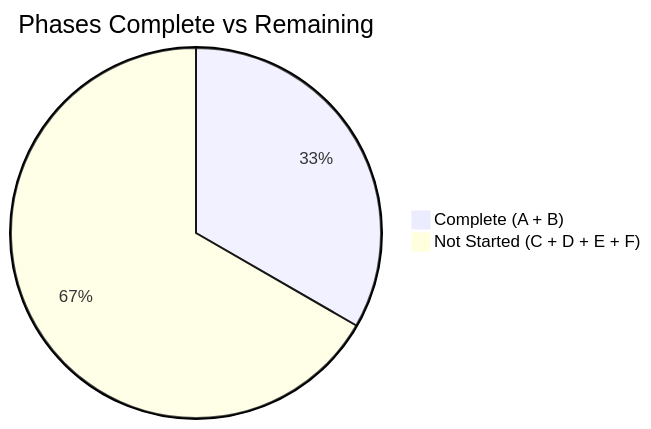
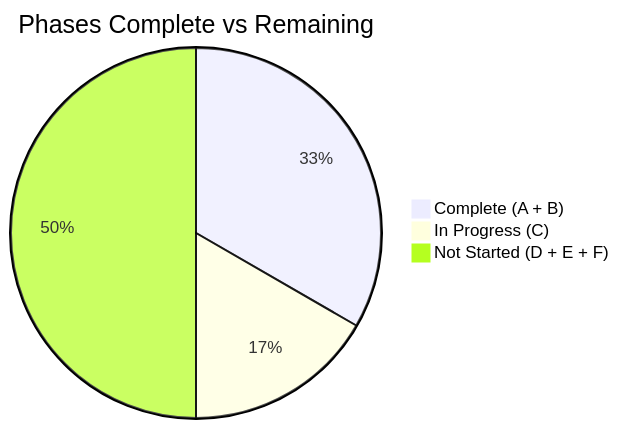
The second of 13 diagrams in Docs/stage1_implementation_status.md (MoaminShikha/student-expense-tracker), drawn with Mermaid before and after one commit. The commit also changed other lines of this file and 5 other files, not shown here.

````diff
--- a/Docs/stage1_implementation_status.md
+++ b/Docs/stage1_implementation_status.md
@@ -44,5 +44,6 @@
 ```mermaid
 pie title Phases Complete vs Remaining
     "Complete (A + B)" : 2
-    "Not Started (C + D + E + F)" : 4
+    "In Progress (C)" : 1
+    "Not Started (D + E + F)" : 3
 ```
````
